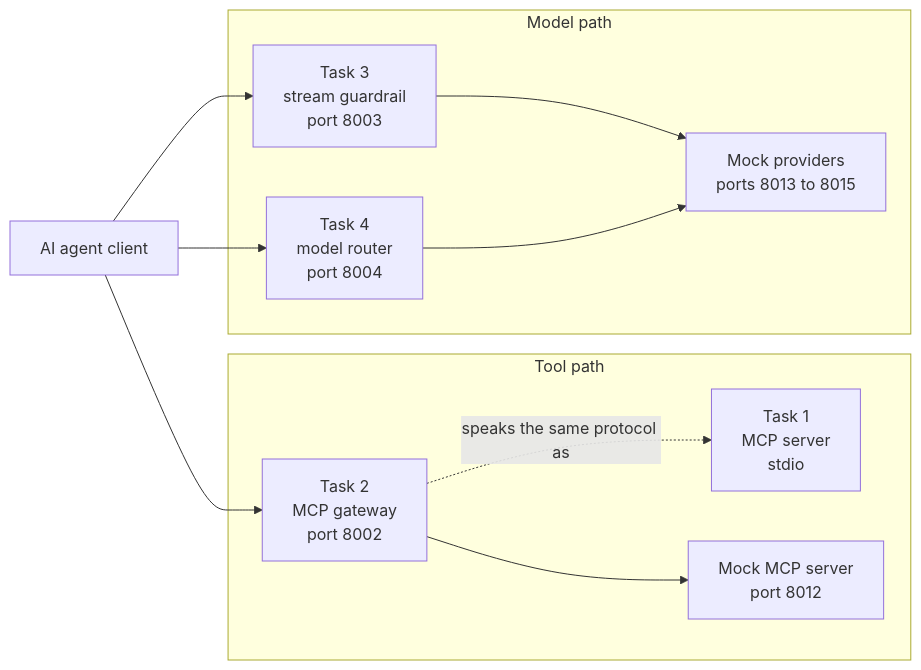
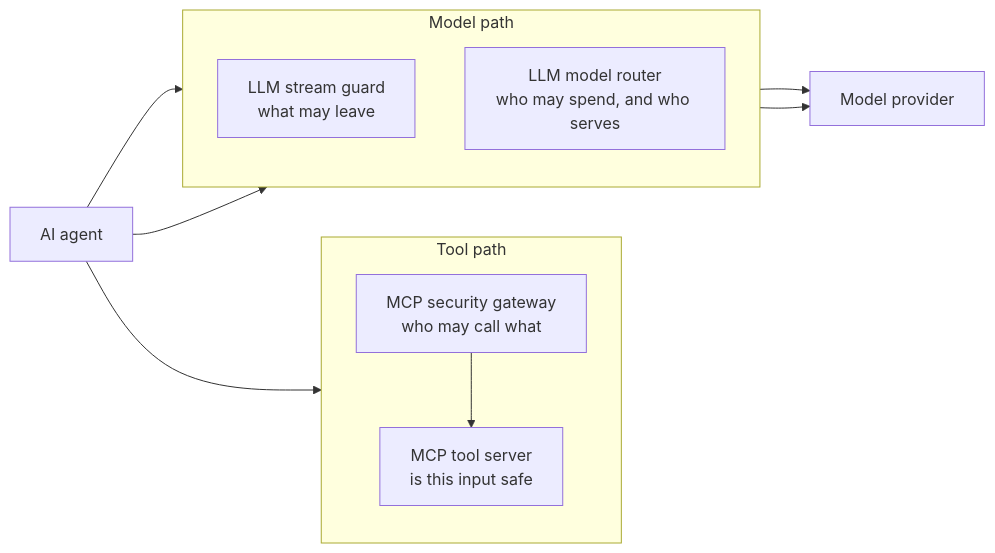
One commit to Kunal-5402/quilr-tasks changed the first of 9 diagrams in README.md. Above: the diagram before and after it, drawn with Mermaid. The commit also changed other lines of this file and 6 other files, not shown here.

````diff
--- a/README.md
+++ b/README.md
@@ -43,21 +45,20 @@
 ```mermaid
 flowchart LR
-    Agent["AI agent client"]
+    Agent["AI agent"]
 
-    subgraph Tools["Tool path"]
-        G2["Task 2<br/>MCP gateway<br/>port 8002"]
-        S1["Task 1<br/>MCP server<br/>stdio"]
-        D["Mock MCP server<br/>port 8012"]
+    subgraph ToolPath["Tool path"]
+        direction TB
+        MG["MCP security gateway<br/>who may call what"]
+        TS["MCP tool server<br/>is this input safe"]
     end
 
-    subgraph Models["Model path"]
-        G3["Task 3<br/>stream guardrail<br/>port 8003"]
-        G4["Task 4<br/>model router<br/>port 8004"]
-        P["Mock providers<br/>ports 8013 to 8015"]
+    subgraph ModelPath["Model path"]
+        direction TB
+        SG["LLM stream guard<br/>what may leave"]
+        MR["LLM model router<br/>who may spend, and who serves"]
     end
 
-    Agent --> G2 --> D
-    G2 -.speaks the same protocol as.-> S1
-    Agent --> G3 --> P
-    Agent --> G4 --> P
+    Agent --> MG --> TS
+    Agent --> SG --> Provider["Model provider"]
+    Agent --> MR --> Provider
 ```
````
